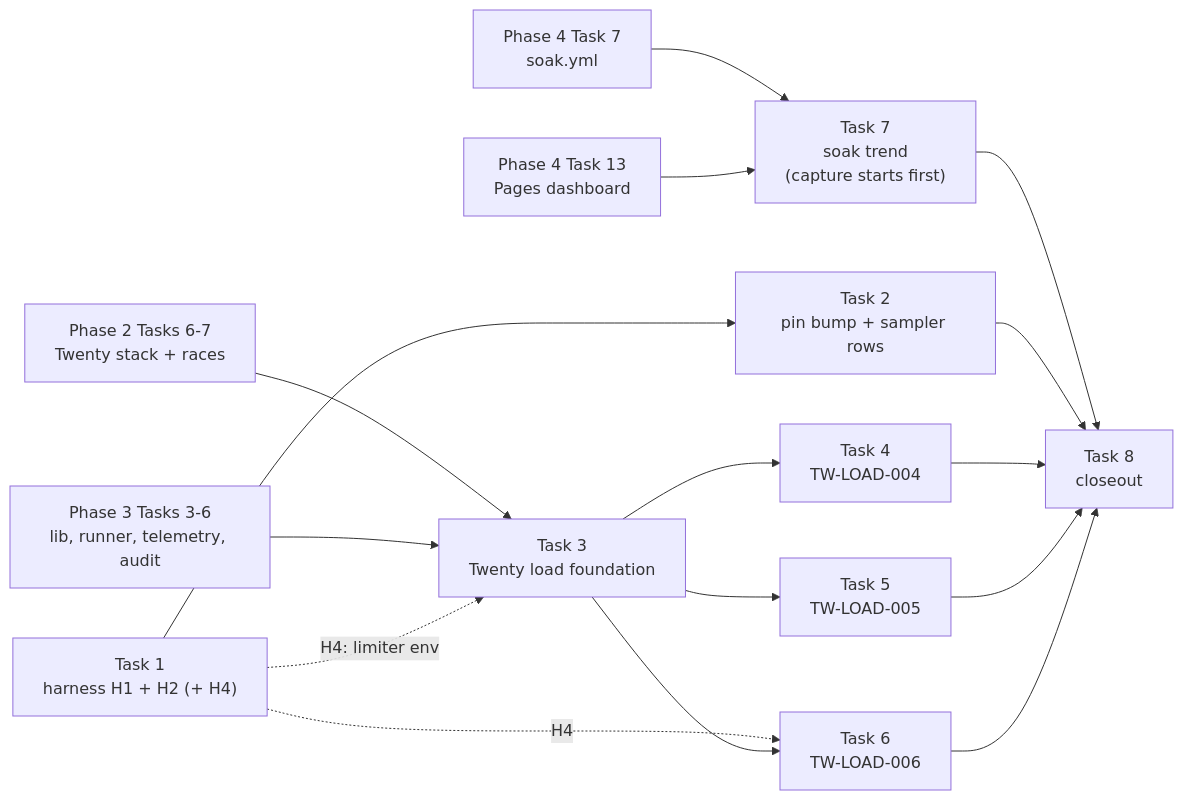
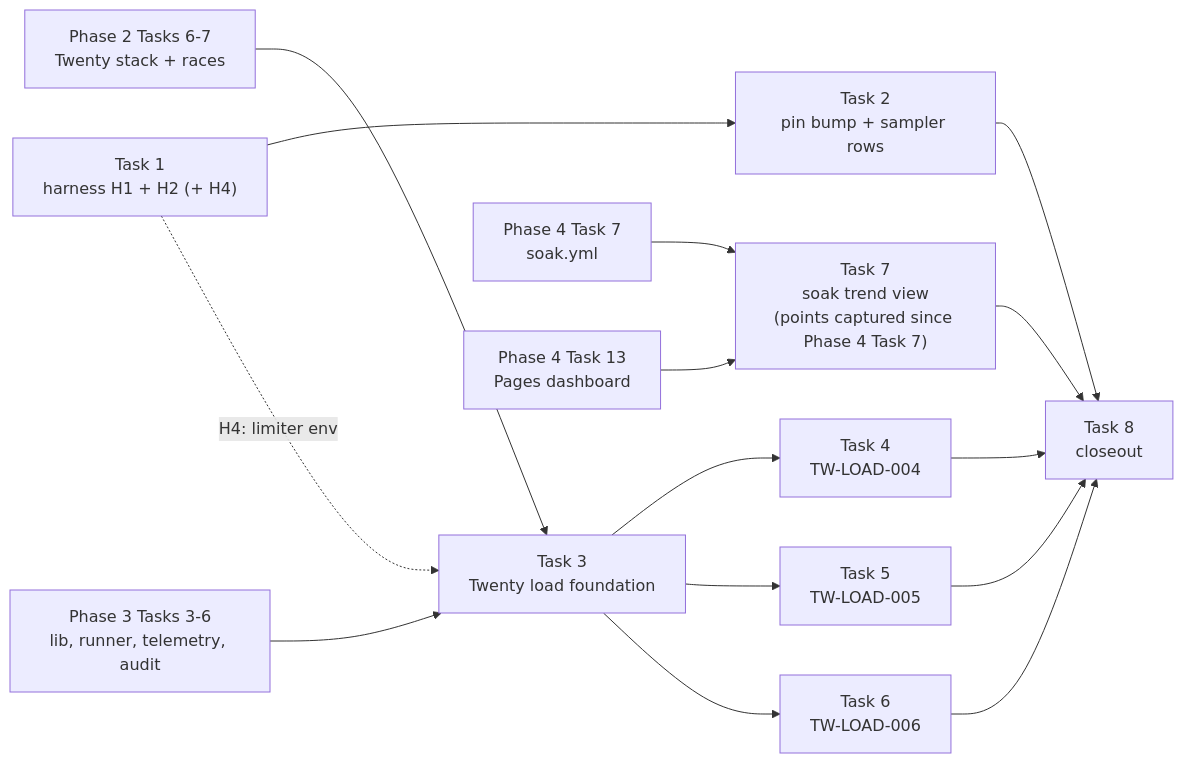
Before and after one commit to Jayami123/k6-load-concurrency-suite: the diagram in docs/plans/2026-10-22-p6-phase5-roadmap.md, drawn with Mermaid. The commit also changed other lines of this file, not shown here.

Commit message:
docs: record p6 phase 5 roadmap decisions

````diff
--- a/docs/plans/2026-10-22-p6-phase5-roadmap.md
+++ b/docs/plans/2026-10-22-p6-phase5-roadmap.md
@@ -155,18 +162,17 @@
 ```mermaid
 flowchart LR
   P2["Phase 2 Tasks 6-7<br/>Twenty stack + races"] --> T3
   P3["Phase 3 Tasks 3-6<br/>lib, runner, telemetry, audit"] --> T3
   P4S["Phase 4 Task 7<br/>soak.yml"] --> T7
   P4D["Phase 4 Task 13<br/>Pages dashboard"] --> T7
   T1["Task 1<br/>harness H1 + H2 (+ H4)"] --> T2["Task 2<br/>pin bump + sampler rows"]
   T1 -. "H4: limiter env" .-> T3["Task 3<br/>Twenty load foundation"]
-  T1 -. "H4" .-> T6
-  T3 --> T4["Task 4<br/>TW-LOAD-004"]
+    T3 --> T4["Task 4<br/>TW-LOAD-004"]
   T3 --> T5["Task 5<br/>TW-LOAD-005"]
   T3 --> T6["Task 6<br/>TW-LOAD-006"]
-  T7["Task 7<br/>soak trend<br/>(capture starts first)"] --> T8["Task 8<br/>closeout"]
+  T7["Task 7<br/>soak trend view<br/>(points captured since Phase 4 Task 7)"] --> T8["Task 8<br/>closeout"]
   T2 --> T8
   T4 --> T8
   T5 --> T8
   T6 --> T8
 ```
````
